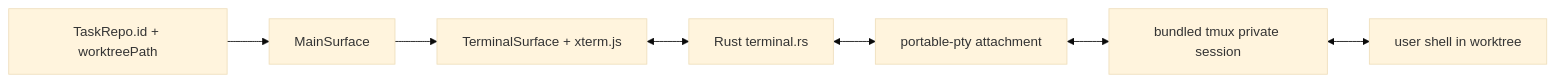
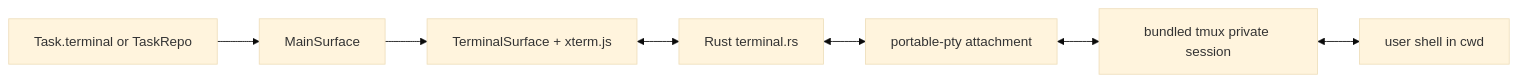
One commit to gh0stonio/pinata changed diagram 12 of 12 in docs/architecture.md. Above: the diagram before and after it, drawn with Mermaid (base theme). The commit also changed other lines of this file and 8 other files, not shown here.

Commit message:
Document task terminal model

````diff
--- a/docs/architecture.md
+++ b/docs/architecture.md
@@ -748,17 +777,17 @@
 ```mermaid
 flowchart LR
-    TaskRepo["TaskRepo.id + worktreePath"]
+    Surface["Task.terminal or TaskRepo"]
     MainSurface["MainSurface"]
     TerminalSurface["TerminalSurface + xterm.js"]
     RustTerminal["Rust terminal.rs"]
     PTY["portable-pty attachment"]
     Tmux["bundled tmux private session"]
-    Shell["user shell in worktree"]
+    Shell["user shell in cwd"]
 
-    TaskRepo --> MainSurface
+    Surface --> MainSurface
     MainSurface --> TerminalSurface
     TerminalSurface <--> RustTerminal
     RustTerminal <--> PTY
     PTY <--> Tmux
     Tmux <--> Shell
 ```
````
